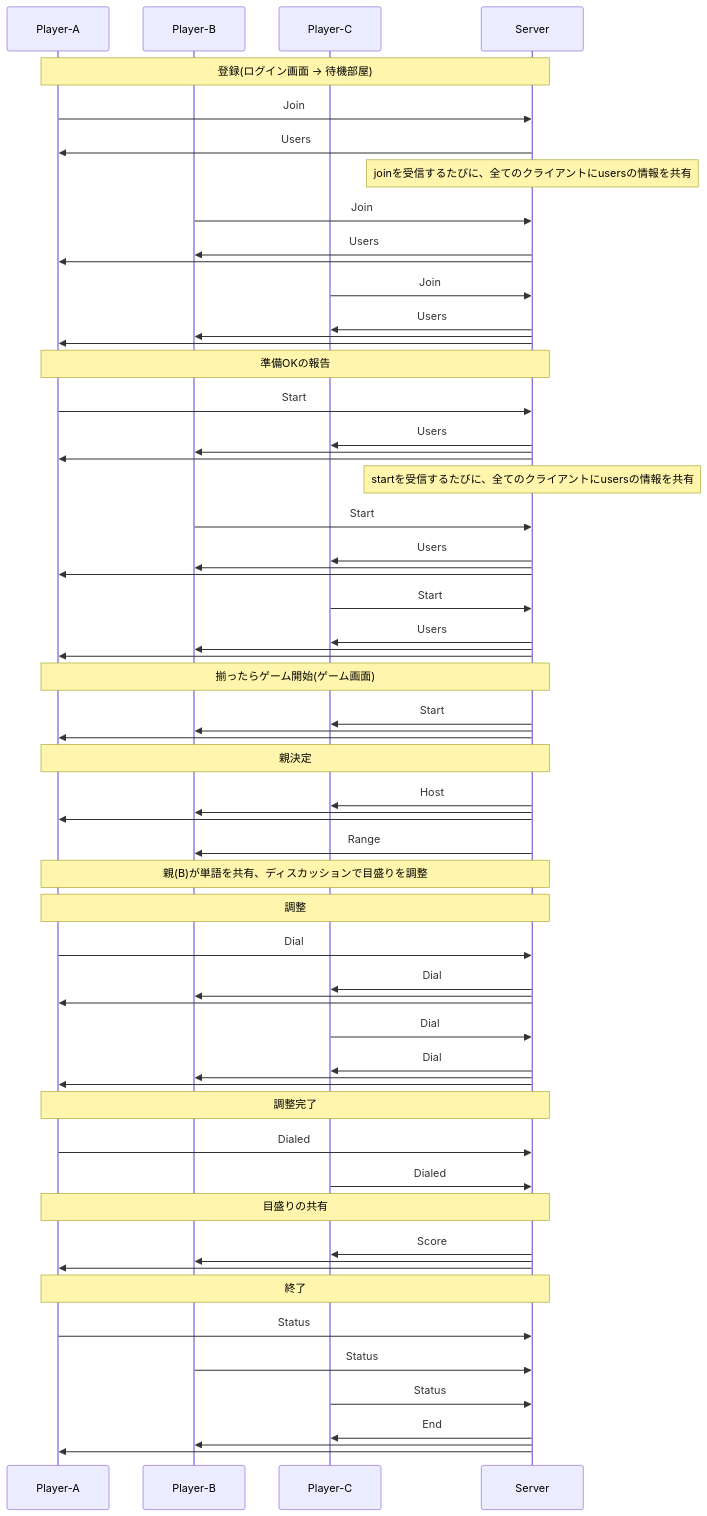
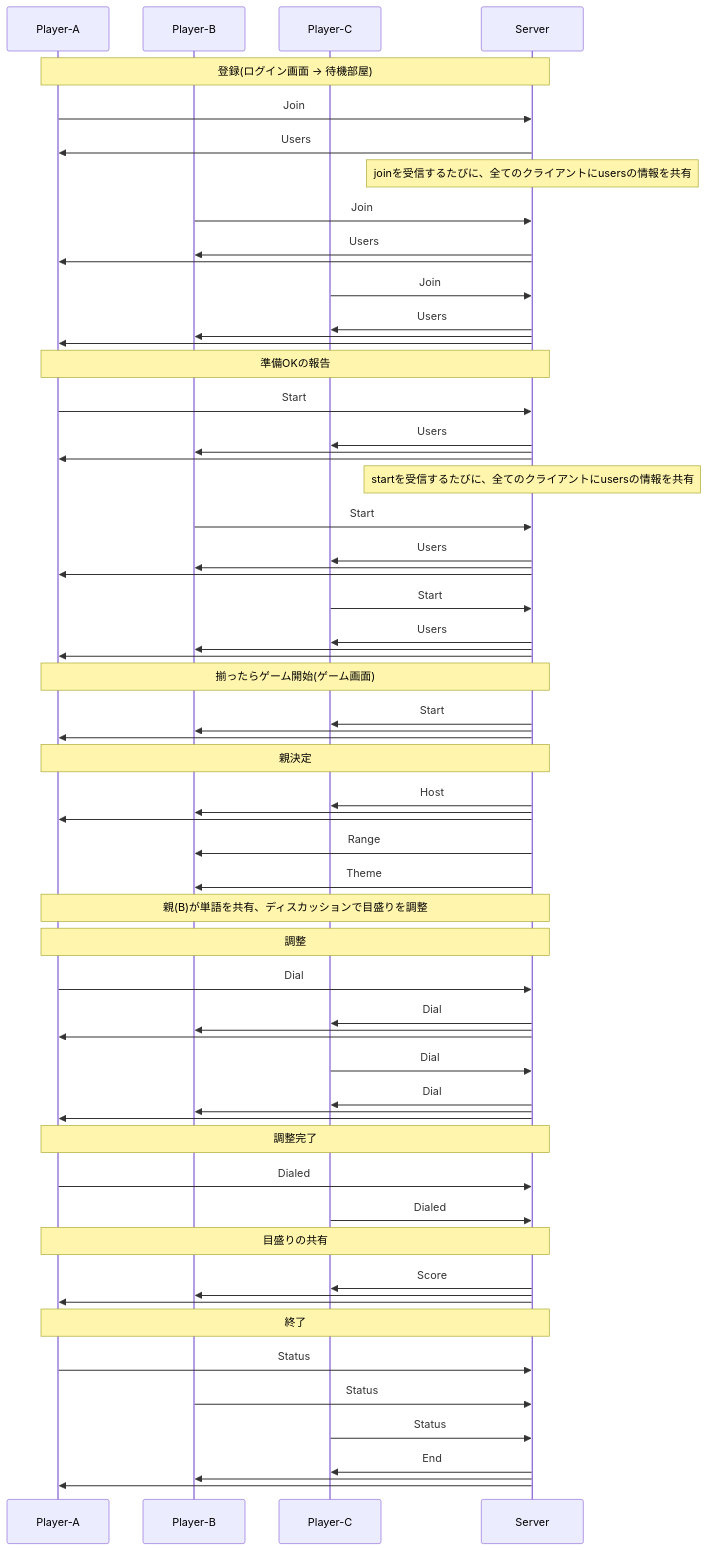
The diagram in wavelength/api.md (we-can-panic/nimgame), drawn with Mermaid before and after one commit. The commit also changed other lines of this file, not shown here.

Commit message:
add theme

````diff
--- a/wavelength/api.md
+++ b/wavelength/api.md
@@ -175,66 +184,67 @@
 ```mermaid
 sequenceDiagram
   participant A as Player-A
   participant B as Player-B
   participant C as Player-C
   participant S as Server
   Note over A, S: 登録(ログイン画面 → 待機部屋)
   A ->> S: Join
   S ->> A: Users
   Note over S: joinを受信するたびに、全てのクライアントにusersの情報を共有
   B ->> S: Join
   S ->> B: Users
   S ->> A: 
   C ->> S: Join
   S ->> C: Users
   S ->> B: 
   S ->> A: 
   Note over A, S: 準備OKの報告
   A ->> S: Start
   S ->> C: Users
   S ->> B: 
   S ->> A: 
   Note over S: startを受信するたびに、全てのクライアントにusersの情報を共有
   B ->> S: Start
   S ->> C: Users
   S ->> B: 
   S ->> A: 
   C ->> S: Start
   S ->> C: Users
   S ->> B: 
   S ->> A: 
   Note over A, S: 揃ったらゲーム開始(ゲーム画面)
   S ->> C: Start
   S ->> B: 
   S ->> A: 
   Note over A, S: 親決定
   S ->> C: Host
   S ->> B: 
   S ->> A: 
   S ->> B: Range
+  S ->> B: Theme
   Note over A, S: 親(B)が単語を共有、ディスカッションで目盛りを調整
   Note over A, S: 調整
   A ->> S: Dial
   S ->> C: Dial
   S ->> B: 
   S ->> A: 
   C ->> S: Dial
   S ->> C: Dial
   S ->> B: 
   S ->> A: 
   Note over A, S: 調整完了
   A ->> S: Dialed
   C ->> S: Dialed
   Note over A, S: 目盛りの共有
   S ->> C: Score
   S ->> B: 
   S ->> A: 
   Note over A, S: 終了
   A ->> S: Status
   B ->> S: Status
   C ->> S: Status
   S ->> C: End
   S ->> B: 
   S ->> A: 
 
 ```
````
